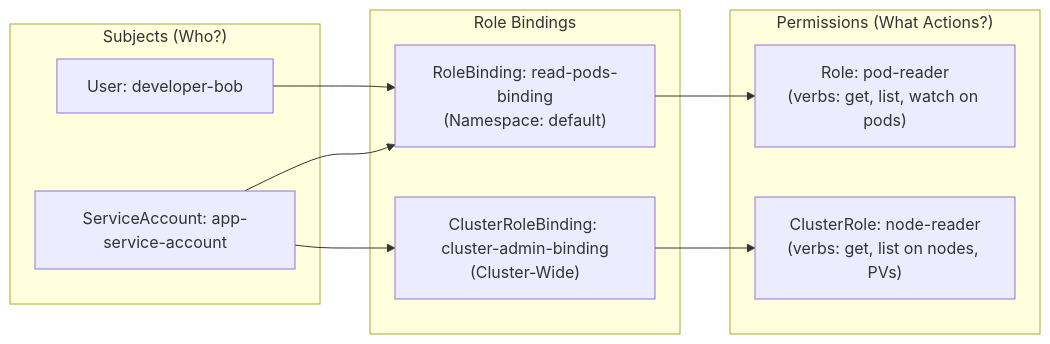
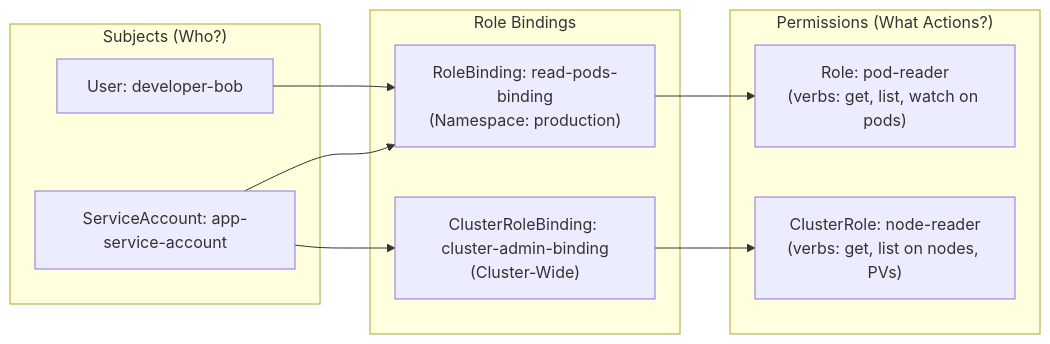
Before and after one commit to biswajit134/Kubernetes_Lab: the eighth of 14 diagrams in explain.md, drawn with Mermaid. The commit also changed other lines of this file and 69 other files, not shown here.

````diff
--- a/explain.md
+++ b/explain.md
@@ -516,23 +532,23 @@
 ```mermaid
 flowchart LR
     subgraph Subjects["Subjects (Who?)"]
         USER["User: developer-bob"]
         SA["ServiceAccount: app-service-account"]
     end
 
     subgraph Bindings["Role Bindings"]
-        RB["RoleBinding: read-pods-binding\n(Namespace: default)"]
+        RB["RoleBinding: read-pods-binding\n(Namespace: production)"]
         CRB["ClusterRoleBinding: cluster-admin-binding\n(Cluster-Wide)"]
     end
 
     subgraph Roles["Permissions (What Actions?)"]
         ROLE["Role: pod-reader\n(verbs: get, list, watch on pods)"]
         CROLE["ClusterRole: node-reader\n(verbs: get, list on nodes, PVs)"]
     end
 
     USER --> RB
     SA --> RB
     RB --> ROLE
     SA --> CRB
     CRB --> CROLE
 ```
````
